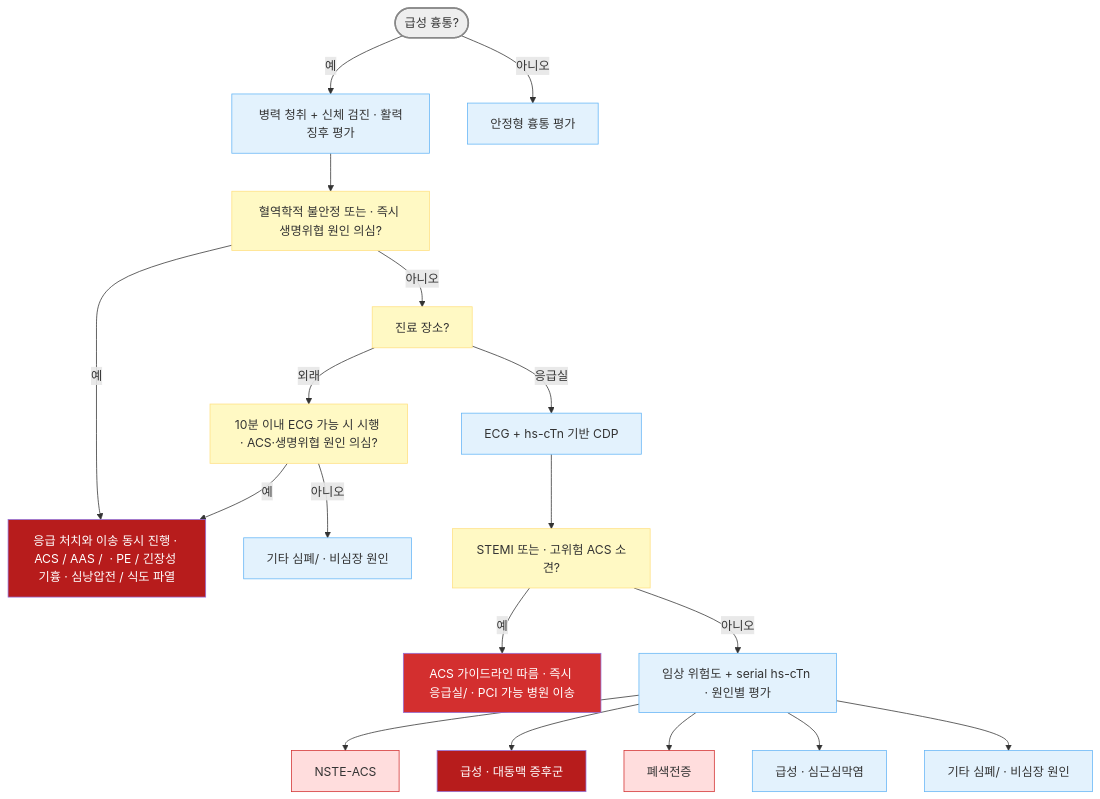
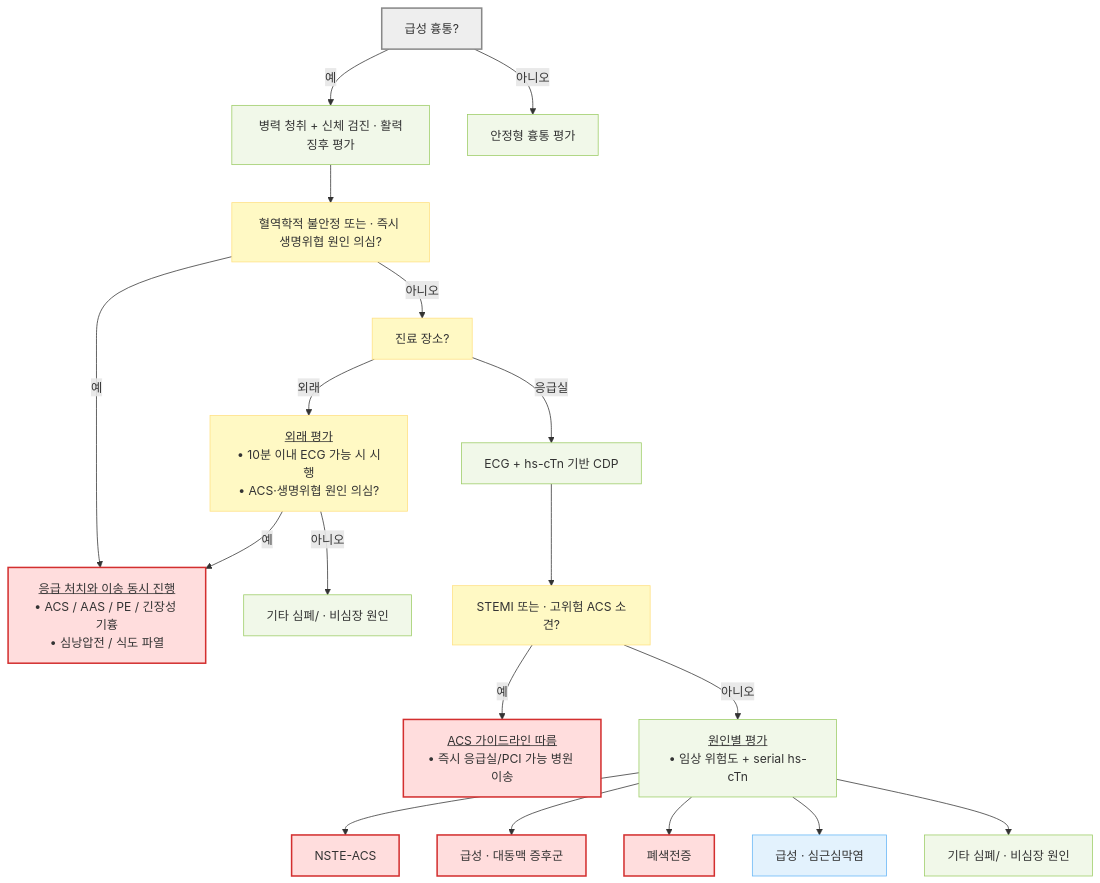
Before and after one commit to familyoh77/familyoh77: the second of 2 diagrams in 220_/002_-chest-pain.md, drawn with Mermaid. The commit also changed other lines of this file and 13 other files, not shown here.

````diff
--- a/220_/002_-chest-pain.md
+++ b/220_/002_-chest-pain.md
@@ -278,37 +276,31 @@
 ```mermaid
 flowchart TD
-    A(["급성 흉통?"]) -- "예" --> B["병력 청취 + 신체 검진 · 활력징후 평가"]
+    A["급성 흉통?"] -- "예" --> B["병력 청취 + 신체 검진 · 활력징후 평가"]
     A -- "아니오" --> Z["안정형 흉통 평가"]
     B --> L["혈역학적 불안정 또는 · 즉시 생명위협 원인 의심?"]
-    L -- "예" --> R["`응급 처치와 이송 동시 진행 · ACS / AAS /  · PE / 긴장성 기흉 · 심낭압전 / 식도 파열`"]
+    L -- "예" --> R["<u>응급 처치와 이송 동시 진행</u><br/>• ACS / AAS / PE / 긴장성 기흉<br/>• 심낭압전 / 식도 파열"]
     L -- "아니오" --> C["진료 장소?"]
-    C -- "외래" --> O["`10분 이내 ECG 가능 시 시행 · ACS·생명위협 원인 의심?`"]
+    C -- "외래" --> O["<u>외래 평가</u><br/>• 10분 이내 ECG 가능 시 시행<br/>• ACS·생명위협 원인 의심?"]
     C -- "응급실" --> T["ECG + hs-cTn 기반 CDP"]
     O -- "예" --> R
     O -- "아니오" --> K1["기타 심폐/ · 비심장 원인"]
     T --> Q["STEMI 또는 · 고위험 ACS 소견?"]
-    Q -- "예" --> D["`ACS 가이드라인 따름 · 즉시 응급실/ · PCI 가능 병원 이송`"]
-    Q -- "아니오" --> E["`임상 위험도 + serial hs-cTn · 원인별 평가`"]
+    Q -- "예" --> D["<u>ACS 가이드라인 따름</u><br/>• 즉시 응급실/PCI 가능 병원 이송"]
+    Q -- "아니오" --> E["<u>원인별 평가</u><br/>• 임상 위험도 + serial hs-cTn"]
     E --> G["NSTE-ACS"]
-    E --> H["급성  · 대동맥 증후군"]
+    E --> H["급성 · 대동맥 증후군"]
     E --> I["폐색전증"]
-    E --> J["급성  · 심근심막염"]
+    E --> J["급성 · 심근심막염"]
     E --> K["기타 심폐/ · 비심장 원인"]
-    style L fill:#fff9c4,stroke:#ffe082
-    style R fill:#b71c1c,color:#fff
-    style C fill:#fff9c4,stroke:#ffe082
-    style Q fill:#fff9c4,stroke:#ffe082
-    style O fill:#fff9c4,stroke:#ffe082
-    style D fill:#d32f2f,color:#fff
-    style G fill:#ffdddd,stroke:#d32f2f
-    style H fill:#b71c1c,color:#fff
-    style I fill:#ffdddd,stroke:#d32f2f
-    style J fill:#e3f2fd,stroke:#64b5f6
-    style K fill:#e3f2fd,stroke:#64b5f6
-    style K1 fill:#e3f2fd,stroke:#64b5f6
-    style A fill:#eeeeee,stroke:#888888,stroke-width:2px
-    style B fill:#e3f2fd,stroke:#64b5f6
-    style T fill:#e3f2fd,stroke:#64b5f6
-    style E fill:#e3f2fd,stroke:#64b5f6
-    style Z fill:#e3f2fd,stroke:#64b5f6
+
+    classDef start fill:#eeeeee,stroke:#888888,stroke-width:2px
+    classDef question fill:#fff9c4,stroke:#ffe082
+    classDef emergency fill:#ffdddd,stroke:#d32f2f,stroke-width:2px
+    classDef evaluation fill:#f1f8e9,stroke:#9ccc65
+    classDef treatment fill:#e3f2fd,stroke:#64b5f6
+    class A start
+    class L,C,O,Q question
+    class R,D,G,H,I emergency
+    class B,Z,T,E,K,K1 evaluation
+    class J treatment
 ```
````
